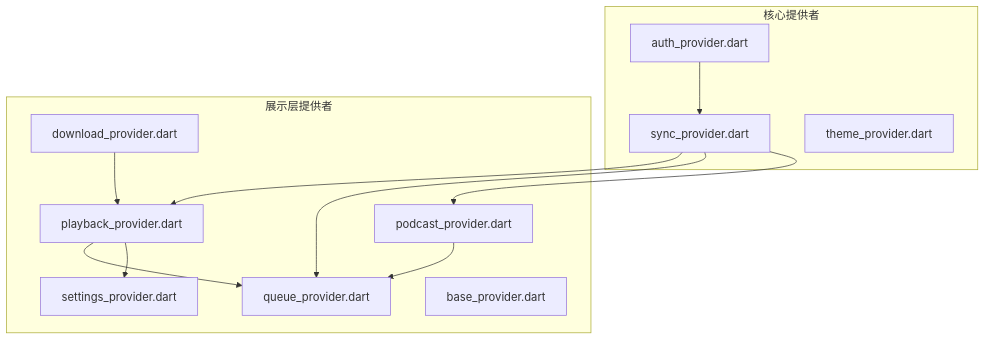
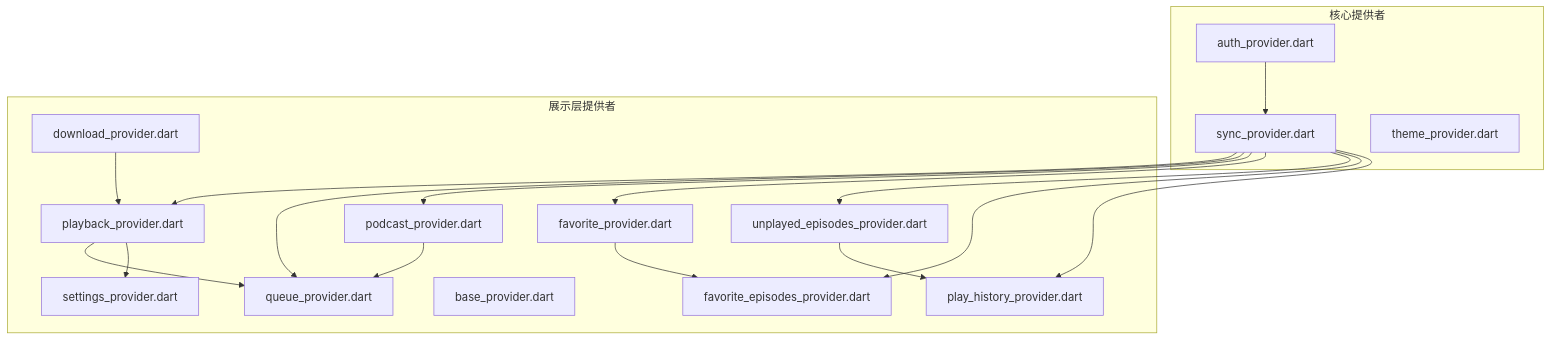
One commit to ZTfer/Tinycast changed the first of 9 diagrams in .qoder/repowiki/zh/content/架构设计/设计模式应用/Provider Pattern（提供者模式）/Provider Pattern（提供者模式）.md. Above: the diagram before and after it, drawn with Mermaid. The commit also changed other lines of this file and 4 other files, not shown here.

````diff
--- a/.qoder/repowiki/zh/content/架构设计/设计模式应用/Provider Pattern（提供者模式）/Provider Pattern（提供者模式）.md
+++ b/.qoder/repowiki/zh/content/架构设计/设计模式应用/Provider Pattern（提供者模式）/Provider Pattern（提供者模式）.md
@@ -40,24 +53,34 @@
 ```mermaid
 graph TB
 subgraph "核心提供者"
 A["auth_provider.dart"]
 B["sync_provider.dart"]
 C["theme_provider.dart"]
 end
 subgraph "展示层提供者"
 D["playback_provider.dart"]
 E["podcast_provider.dart"]
 F["download_provider.dart"]
 G["queue_provider.dart"]
 H["settings_provider.dart"]
 I["base_provider.dart"]
+J["favorite_provider.dart"]
+K["unplayed_episodes_provider.dart"]
+L["favorite_episodes_provider.dart"]
+M["play_history_provider.dart"]
 end
 A --> B
 B --> D
 B --> G
 B --> E
+B --> J
+B --> K
+B --> L
+B --> M
 D --> G
 D --> H
 F --> D
 E --> G
+J --> L
+K --> M
 ```
````
